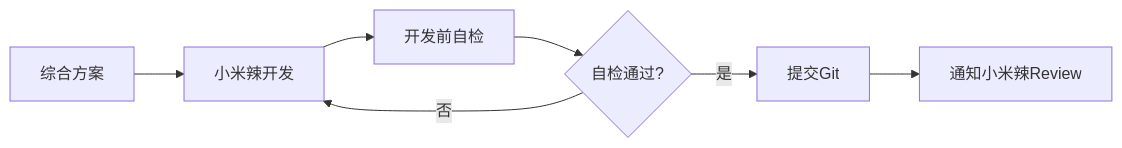
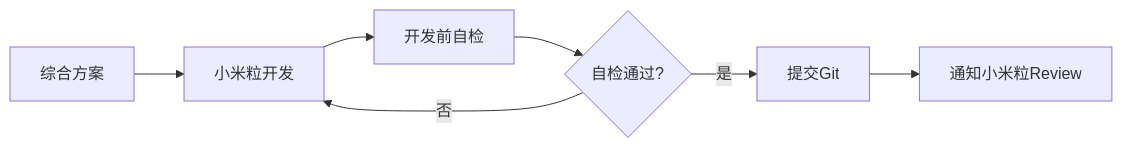
One commit to zhaog100/openclaw-skills changed the third of 6 diagrams in docs/archive/双米粒/DUAL_MILI_SYSTEM_V3_INTEGRATED.md. Above: the diagram before and after it, drawn with Mermaid. The commit also changed other lines of this file and 461 other files, not shown here.

````diff
--- a/docs/archive/双米粒/DUAL_MILI_SYSTEM_V3_INTEGRATED.md
+++ b/docs/archive/双米粒/DUAL_MILI_SYSTEM_V3_INTEGRATED.md
@@ -110,9 +110,9 @@
 ```mermaid
 graph LR
-    A[综合方案] --> B[小米辣开发]
+    A[综合方案] --> B[小米粒开发]
     B --> C[开发前自检]
     C --> D{自检通过?}
     D -->|是| E[提交Git]
     D -->|否| B
-    E --> F[通知小米辣Review]
+    E --> F[通知小米粒Review]
 ```
````
